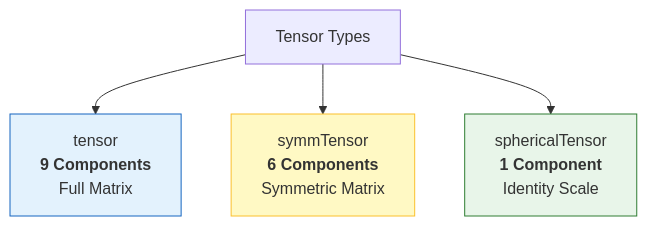
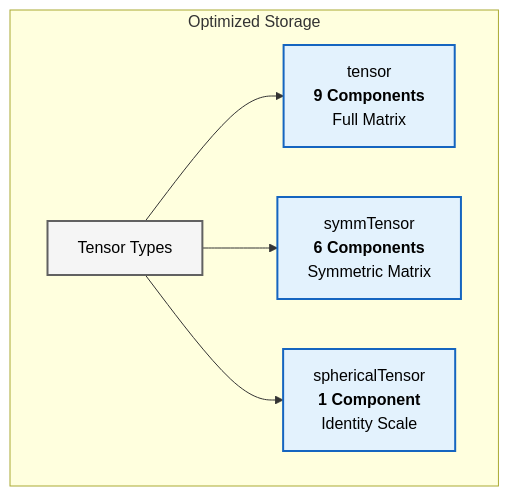
Before and after one commit to wramet/build-my-cfd: the first of 2 diagrams in MODULE_05_OPENFOAM_PROGRAMMING/CONTENT/11_TENSOR_ALGEBRA/02_Tensor_Class_Hierarchy.md, drawn with Mermaid. The commit also changed other lines of this file and 313 other files, not shown here.

Commit message:
Revise all diagram

````diff
--- a/MODULE_05_OPENFOAM_PROGRAMMING/CONTENT/11_TENSOR_ALGEBRA/02_Tensor_Class_Hierarchy.md
+++ b/MODULE_05_OPENFOAM_PROGRAMMING/CONTENT/11_TENSOR_ALGEBRA/02_Tensor_Class_Hierarchy.md
@@ -8,11 +8,14 @@
 ```mermaid
 flowchart TD
-    T["Tensor Types"]
-    T --> T9["tensor<br/><b>9 Components</b><br/>Full Matrix"]
-    T --> T6["symmTensor<br/><b>6 Components</b><br/>Symmetric Matrix"]
-    T --> T1["sphericalTensor<br/><b>1 Component</b><br/>Identity Scale"]
+%% Classes
+classDef explicit fill:#ffccbc,stroke:#d84315,stroke-width:2px,color:#000
+classDef implicit fill:#e3f2fd,stroke:#1565c0,stroke-width:2px,color:#000
+classDef context fill:#f5f5f5,stroke:#616161,stroke-width:2px,color:#000
+T["Tensor Types"]:::context
 
-    style T9 fill:#e3f2fd,stroke:#1565c0
-    style T6 fill:#fff9c4,stroke:#fbc02d
-    style T1 fill:#e8f5e9,stroke:#2e7d32
+subgraph Variants[" Optimized Storage "]
+    T --> T9["tensor<br/><b>9 Components</b><br/>Full Matrix"]:::implicit
+    T --> T6["symmTensor<br/><b>6 Components</b><br/>Symmetric Matrix"]:::implicit
+    T --> T1["sphericalTensor<br/><b>1 Component</b><br/>Identity Scale"]:::implicit
+end
 ```
````
